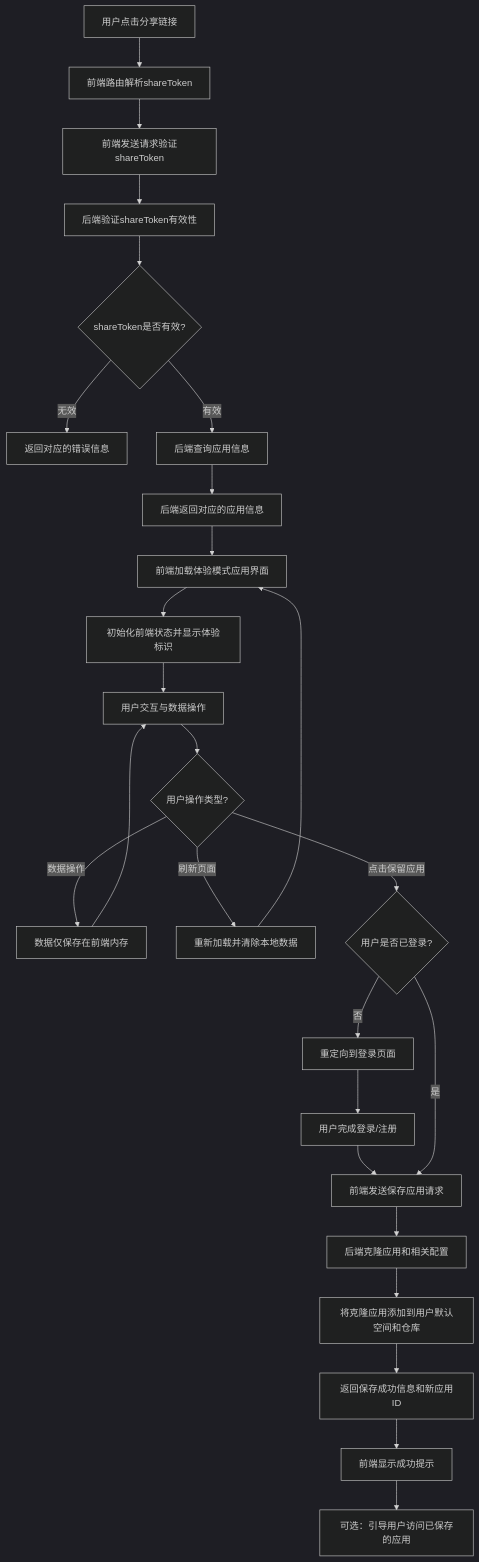
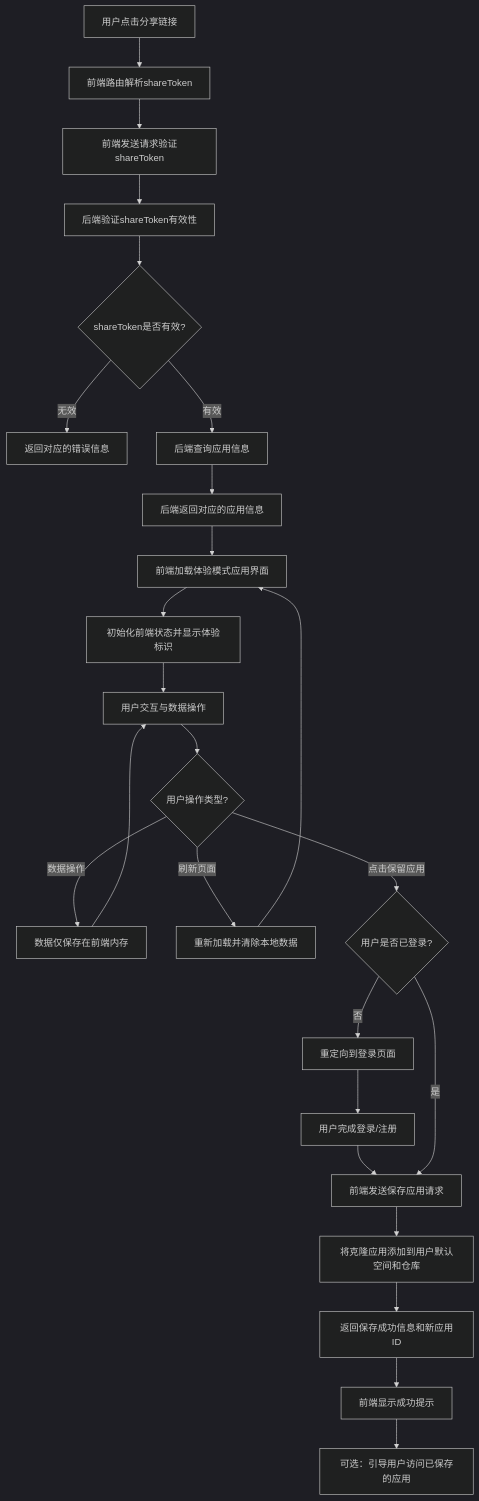
Before and after one commit to yingjianzh/iodraw-files: the diagram in all/未命名-65.md, drawn with Mermaid (dark theme).

Commit message:
2025-05-22 10:56:43 update

````diff
--- a/all/未命名-65.md
+++ b/all/未命名-65.md
@@ -1,28 +1,27 @@
 ```mermaid
 flowchart TD
     A[用户点击分享链接] --> B[前端路由解析shareToken]
     B --> C[前端发送请求验证shareToken]
     C --> D[后端验证shareToken有效性]
     D --> E{shareToken是否有效?}
     E -->|无效| F[返回对应的错误信息]
     E -->|有效| G[后端查询应用信息]
     G --> H[后端返回对应的应用信息]
     H --> I[前端加载体验模式应用界面]
     I --> J[初始化前端状态并显示体验标识]
     J --> K[用户交互与数据操作]
     K --> L{用户操作类型?}
     L -->|数据操作| M[数据仅保存在前端内存]
     M --> K
     L -->|刷新页面| N[重新加载并清除本地数据]
     N --> I
     L -->|点击保留应用| O{用户是否已登录?}
     O -->|否| P[重定向到登录页面]
     P --> Q[用户完成登录/注册]
     Q --> S[前端发送保存应用请求]
     O -->|是| S
-    S --> T[后端克隆应用和相关配置]
-    T --> U[将克隆应用添加到用户默认空间和仓库]
+    S --> U[将克隆应用添加到用户默认空间和仓库]
     U --> V[返回保存成功信息和新应用ID]
     V --> W[前端显示成功提示]
     W --> X[可选：引导用户访问已保存的应用]
 ```
````
